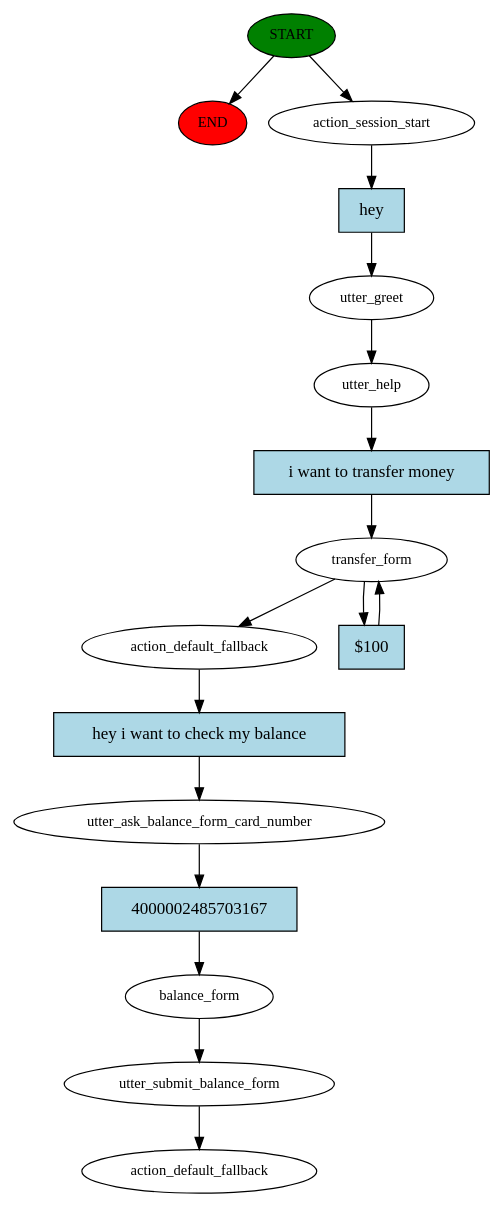
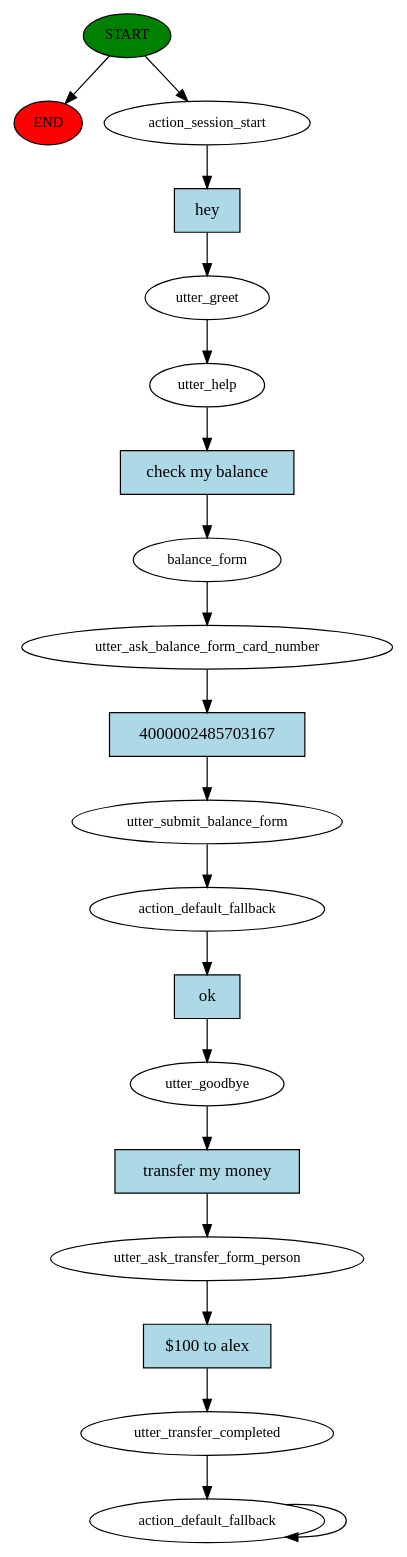
The diagram in story_graph.dot (rajaduraisingam/rasa_demo), drawn with Graphviz before and after one commit. The commit also changed 15 other files, not shown here.

```diff
--- a/story_graph.dot
+++ b/story_graph.dot
@@ -1,34 +1,40 @@
 digraph  {
 0 [class="start active", fillcolor=green, fontsize=12, label=START, style=filled];
 "-1" [class=end, fillcolor=red, fontsize=12, label=END, style=filled];
 1 [class=active, fontsize=12, label=action_session_start];
 2 [class=active, fontsize=12, label=utter_greet];
 3 [class=active, fontsize=12, label=utter_help];
-4 [class=active, fontsize=12, label=transfer_form];
+4 [class=active, fontsize=12, label=balance_form];
+5 [class=active, fontsize=12, label=utter_ask_balance_form_card_number];
+6 [class=active, fontsize=12, label=utter_submit_balance_form];
 7 [class=active, fontsize=12, label=action_default_fallback];
-8 [class=active, fontsize=12, label=utter_ask_balance_form_card_number];
-9 [class=active, fontsize=12, label=balance_form];
-10 [class=active, fontsize=12, label=utter_submit_balance_form];
-11 [class="dashed active", fontsize=12, label=action_default_fallback];
-12 [class="intent active", fillcolor=lightblue, label=hey, shape=rect, style=filled];
-13 [class="intent active", fillcolor=lightblue, label="i want to transfer money", shape=rect, style=filled];
-14 [class="intent active", fillcolor=lightblue, label="$100", shape=rect, style=filled];
-15 [class="intent active", fillcolor=lightblue, label="hey i want to check my balance", shape=rect, style=filled];
-16 [class="intent active", fillcolor=lightblue, label=4000002485703167, shape=rect, style=filled];
+8 [class=active, fontsize=12, label=utter_goodbye];
+9 [class=active, fontsize=12, label=utter_ask_transfer_form_person];
+10 [class=active, fontsize=12, label=utter_transfer_completed];
+11 [class="active dashed", fontsize=12, label=action_default_fallback];
+13 [class="intent active", fillcolor=lightblue, label=hey, shape=rect, style=filled];
+14 [class="intent active", fillcolor=lightblue, label="check my balance", shape=rect, style=filled];
+15 [class="intent active", fillcolor=lightblue, label=4000002485703167, shape=rect, style=filled];
+16 [class="intent active", fillcolor=lightblue, label=ok, shape=rect, style=filled];
+17 [class="intent active", fillcolor=lightblue, label="transfer my money", shape=rect, style=filled];
+18 [class="intent active", fillcolor=lightblue, label="$100 to alex", shape=rect, style=filled];
 0 -> "-1"  [class="", key=NONE, label=""];
 0 -> 1  [class=active, key=NONE, label=""];
-1 -> 12  [class=active, key=0];
+1 -> 13  [class=active, key=0];
 2 -> 3  [class=active, key=NONE, label=""];
-3 -> 13  [class=active, key=0];
-4 -> 7  [class=active, key=NONE, label=""];
-4 -> 14  [class=active, key=0];
-7 -> 15  [class=active, key=0];
-8 -> 16  [class=active, key=0];
-9 -> 10  [class=active, key=NONE, label=""];
+3 -> 14  [class=active, key=0];
+4 -> 5  [class=active, key=NONE, label=""];
+5 -> 15  [class=active, key=0];
+6 -> 7  [class=active, key=NONE, label=""];
+7 -> 16  [class=active, key=0];
+8 -> 17  [class=active, key=0];
+9 -> 18  [class=active, key=0];
 10 -> 11  [class=active, key=NONE, label=""];
-12 -> 2  [class=active, key=0];
-13 -> 4  [class=active, key=0];
+11 -> 11  [class=active, key=NONE, label=""];
+13 -> 2  [class=active, key=0];
 14 -> 4  [class=active, key=0];
-15 -> 8  [class=active, key=0];
-16 -> 9  [class=active, key=0];
+15 -> 6  [class=active, key=0];
+16 -> 8  [class=active, key=0];
+17 -> 9  [class=active, key=0];
+18 -> 10  [class=active, key=0];
 }
```
